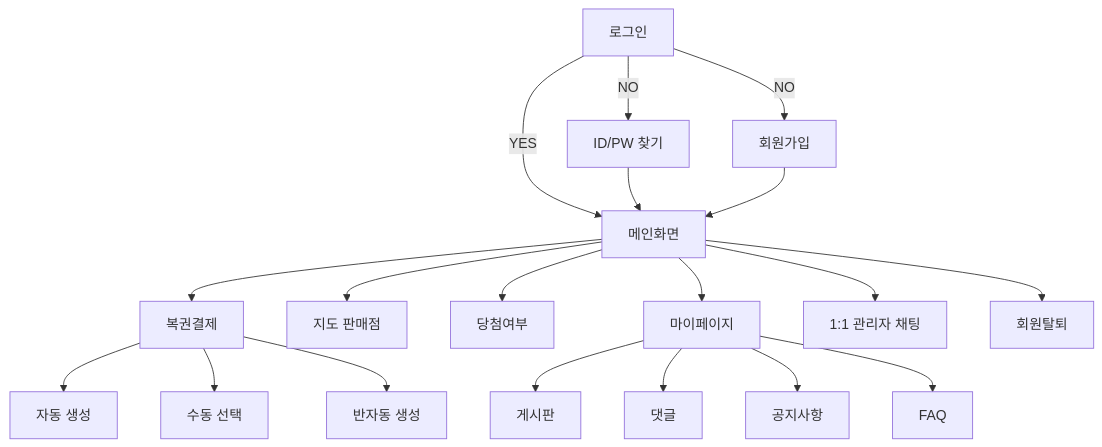
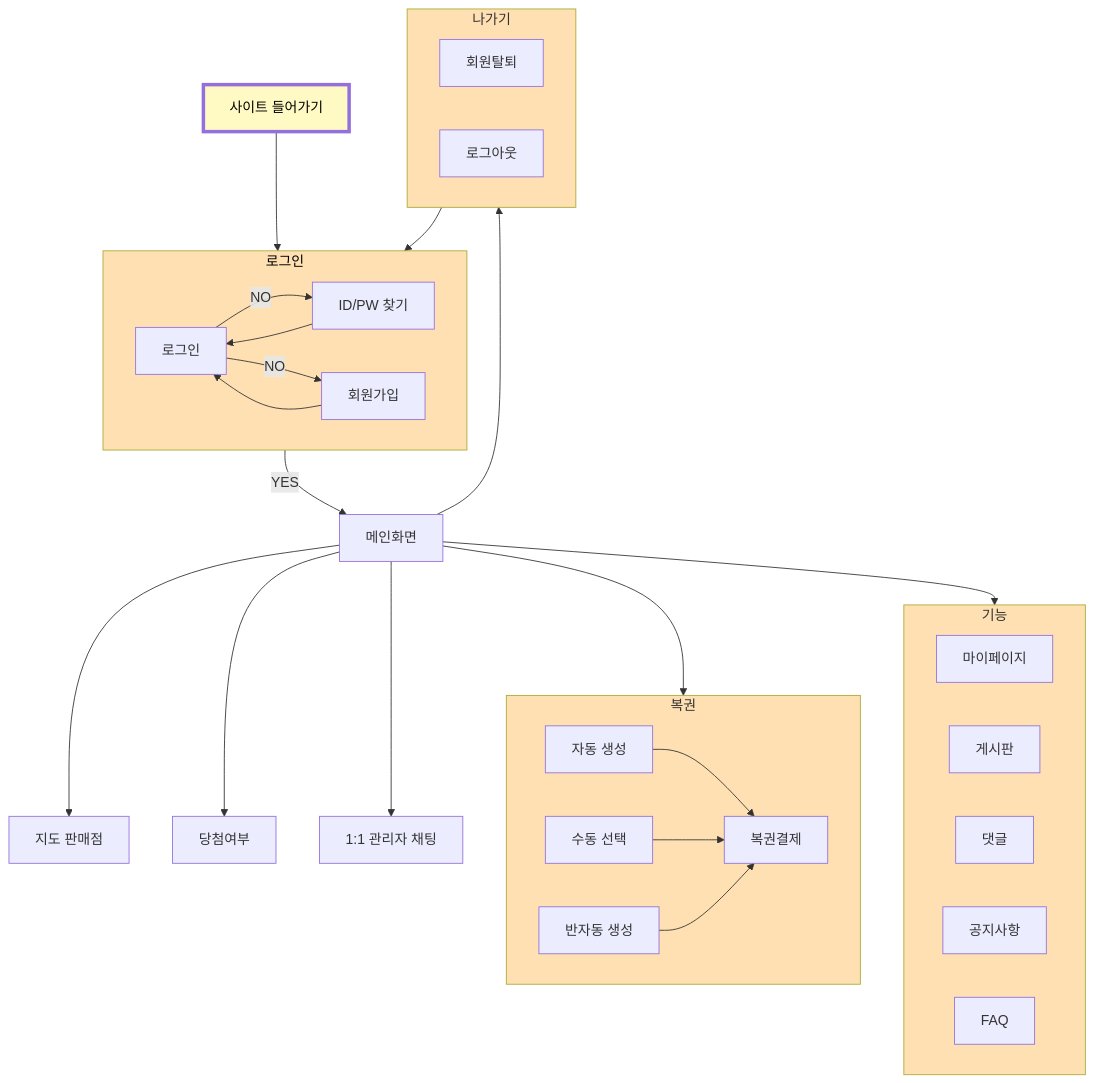
One commit to EndDefault/gitbook changed the diagram in _pages/project.md. Above: the diagram before and after it, drawn with Mermaid.

Commit message:
update mermaid 1.1

````diff
--- a/_pages/project.md
+++ b/_pages/project.md
@@ -12,10 +12,43 @@
 ```mermaid
 flowchart TD
-    A["로그인"] -- YES --> B["메인화면"]
-    A -- NO --> D["회원가입"] & C["ID/PW 찾기"]
-    C --> B
-    D --> B
-    B --> E["복권결제"] & F["지도 판매점"] & G["당첨여부"] & Q["마이페이지"] & O["1:1 관리자 채팅"] & P["회원탈퇴"]
-    E --> H["자동 생성"] & I["수동 선택"] & J["반자동 생성"]
-    Q --> K["게시판"] & L["댓글"] & M["공지사항"] & N["FAQ"]
+ subgraph 로그인["로그인"]
+        A["로그인"]
+        C["ID/PW 찾기"]
+        D["회원가입"]
+  end
+ subgraph 복권["복권"]
+        E["복권결제"]
+        H["자동 생성"]
+        I["수동 선택"]
+        J["반자동 생성"]
+        H & I & J --> E
+  end
+ subgraph 기능
+        MP["마이페이지"]
+        K["게시판"]
+        L["댓글"]
+        M["공지사항"]
+        N["FAQ"]
+  end
+ subgraph 나가기["나가기"]
+        P["회원탈퇴"]
+        Q["로그아웃"]
+  end
+    Z["사이트 들어가기"] --> 로그인
+    로그인 -- YES --> B["메인화면"]
+    A -- NO --> C & D
+    C --> A
+    D --> A
+    B --> 복권 & F["지도 판매점"] & G["당첨여부"] & 기능 & O["1:1 관리자 채팅"] & 나가기
+    나가기 --> 로그인
+    
+
+    style Z stroke-width:4px,stroke-dasharray: 0,color:#000000,fill:#FFF9C4
+    style 로그인 fill:#FFE0B2,color:#000000
+    style 복권 fill:#FFE0B2
+    style 기능 fill:#FFE0B2
+    style 나가기 fill:#FFE0B2
+
+
+
 ```
````
